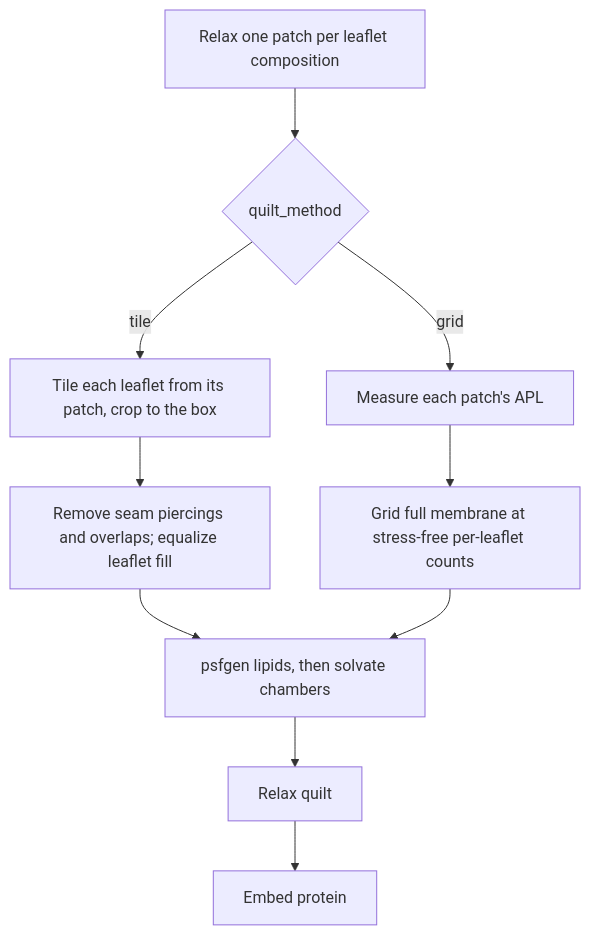
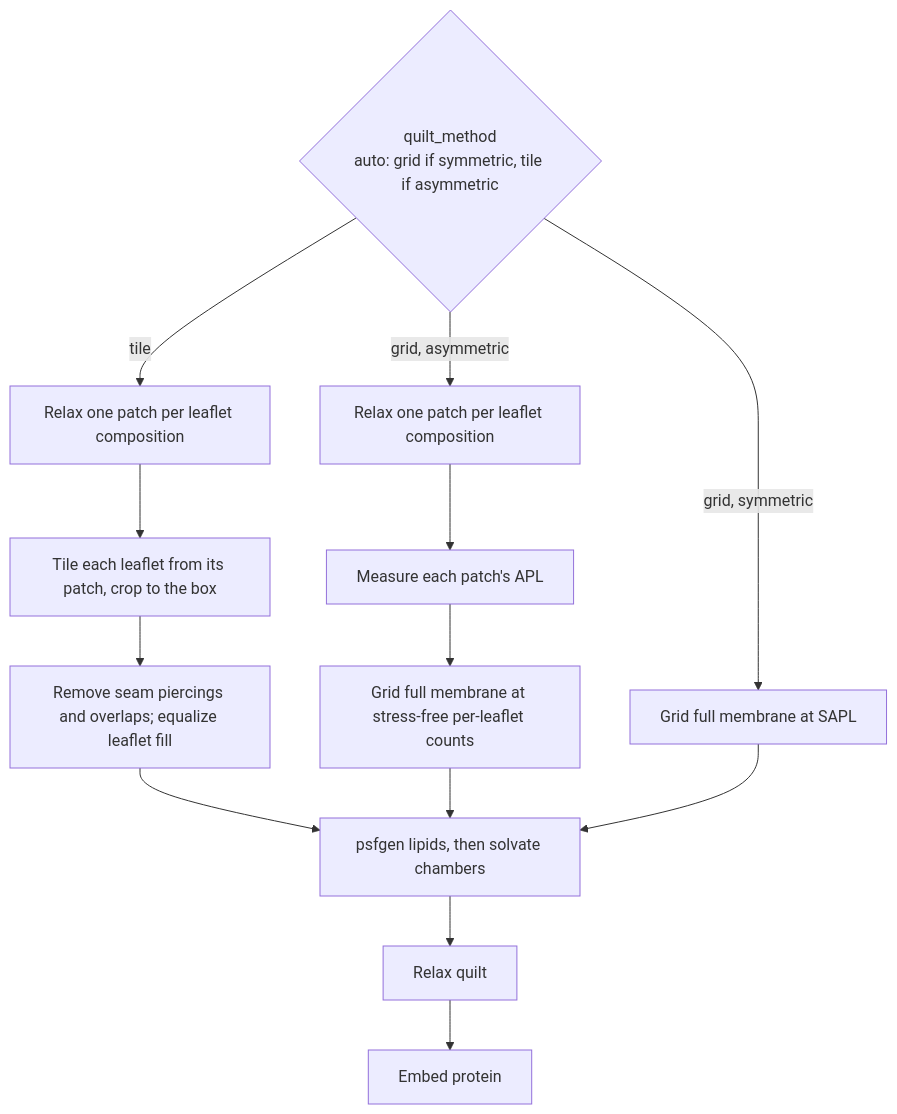
One commit to cameronabrams/pestifer changed the diagram in docs/source/subs/buildtasks/make_membrane_system.rst. Above: the diagram before and after it, drawn with Mermaid. The commit also changed other lines of this file and 5 other files, not shown here.

First line of the commit message:
feat(make_membrane_system): grid a symmetric bilayer and tile an asymmetric one by default

```diff
--- a/docs/source/subs/buildtasks/make_membrane_system.rst
+++ b/docs/source/subs/buildtasks/make_membrane_system.rst
@@ -323,14 +324,17 @@
 .. mermaid::
   :caption: Membrane build flow.
 
   graph TD;
-    P[Relax one patch per leaflet composition];
-    P --> M{quilt_method};
-    M -- tile --> T[Tile each leaflet from its patch, crop to the box];
+    M{"quilt_method<br/>auto: grid if symmetric, tile if asymmetric"};
+    M -- tile --> P[Relax one patch per leaflet composition];
+    P --> T[Tile each leaflet from its patch, crop to the box];
     T --> R[Remove seam piercings and overlaps; equalize leaflet fill];
-    M -- grid --> D[Measure each patch's APL];
+    M -- grid, asymmetric --> PA[Relax one patch per leaflet composition];
+    PA --> D[Measure each patch's APL];
     D --> E[Grid full membrane at stress-free per-leaflet counts];
+    M -- grid, symmetric --> ES[Grid full membrane at SAPL];
     R --> S[psfgen lipids, then solvate chambers];
     E --> S;
+    ES --> S;
     S --> F[Relax quilt];
     F --> G[Embed protein];
```
